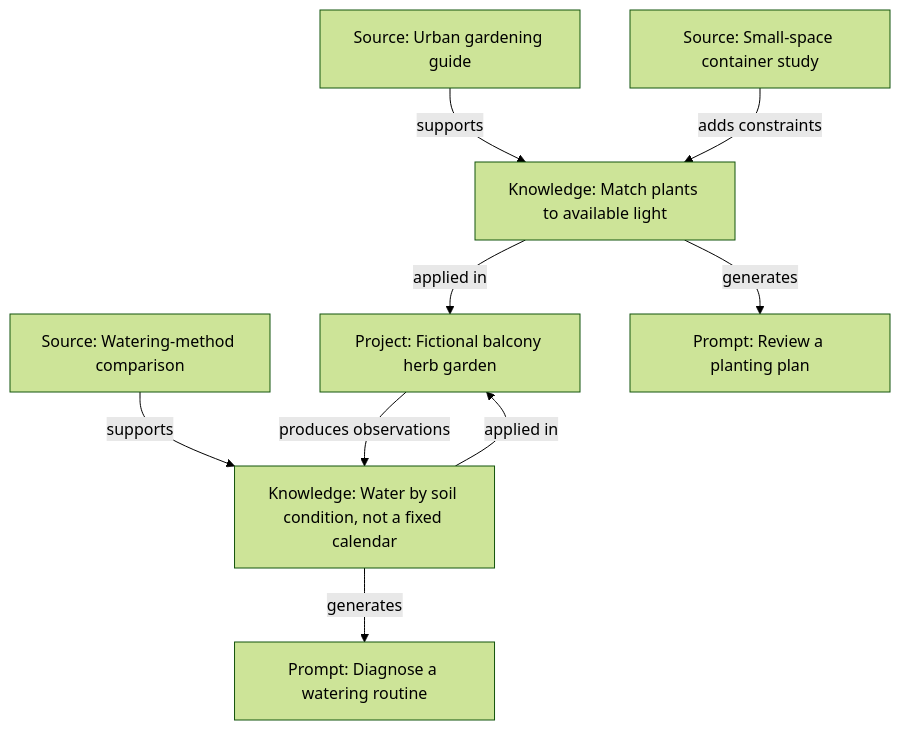
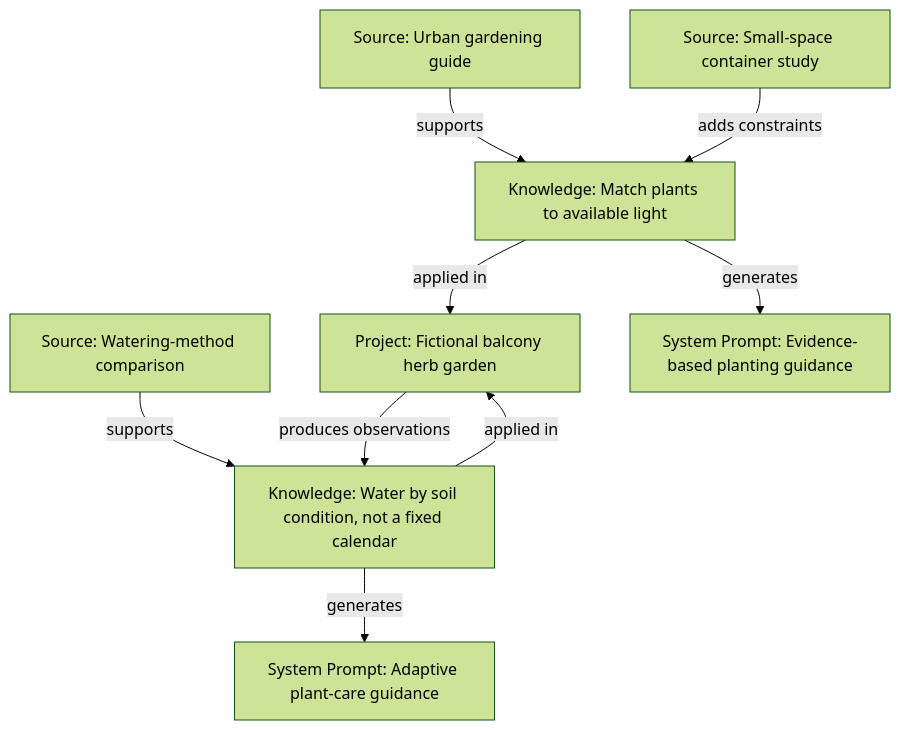
Before and after one commit to sheng1111/Obsidian-SecondBrain: the second of 2 diagrams in README.md, drawn with Mermaid (forest theme). The commit also changed other lines of this file and 7 other files, not shown here.

````diff
--- a/README.md
+++ b/README.md
@@ -54,11 +54,11 @@
 ```mermaid
 graph TD
     S1["Source: Urban gardening guide"] -->|supports| K1["Knowledge: Match plants to available light"]
     S2["Source: Watering-method comparison"] -->|supports| K2["Knowledge: Water by soil condition, not a fixed calendar"]
     S3["Source: Small-space container study"] -->|adds constraints| K1
     K1 -->|applied in| P1["Project: Fictional balcony herb garden"]
     K2 -->|applied in| P1
     P1 -->|produces observations| K2
-    K1 -->|generates| T1["Prompt: Review a planting plan"]
-    K2 -->|generates| T2["Prompt: Diagnose a watering routine"]
+    K1 -->|generates| T1["System Prompt: Evidence-based planting guidance"]
+    K2 -->|generates| T2["System Prompt: Adaptive plant-care guidance"]
 ```
````
